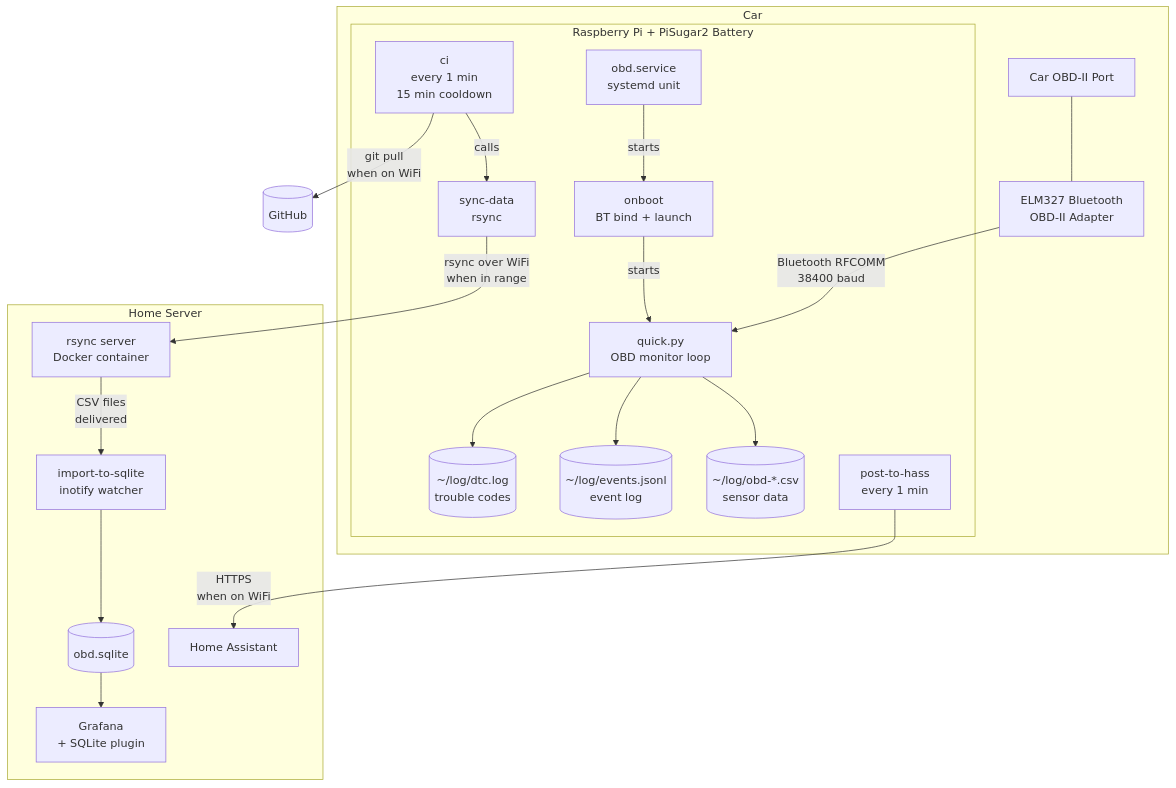
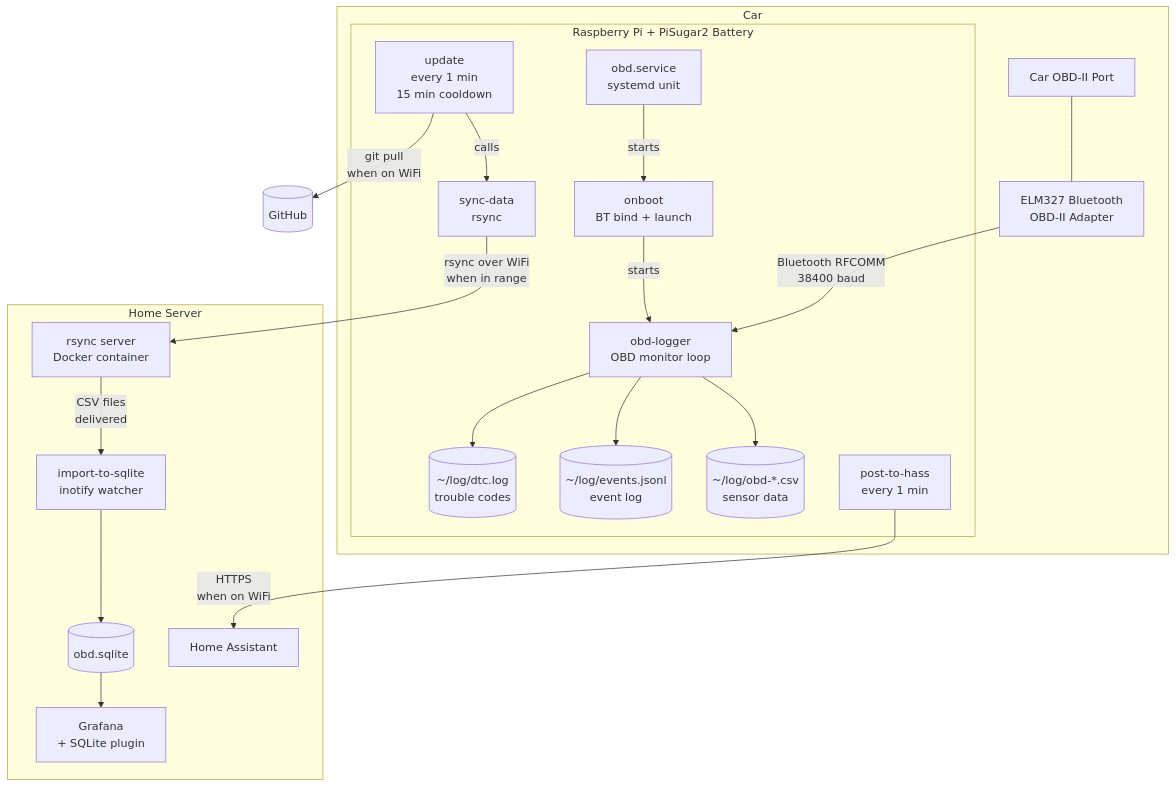
The diagram in README.md (trickv/shiny-adventure), drawn with Mermaid before and after one commit. The commit also changed other lines of this file and 8 other files, not shown here.

First line of the commit message:
rename files for clarity: quick.py→obd-logger, ci→update, id→bt-addr

````diff
--- a/README.md
+++ b/README.md
@@ -9,44 +9,44 @@
 ```mermaid
 graph TB
     subgraph Car
         ELM[ELM327 Bluetooth<br/>OBD-II Adapter]
         OBD[Car OBD-II Port]
         OBD --- ELM
 
         subgraph RPi[Raspberry Pi + PiSugar2 Battery]
-            quick[quick.py<br/>OBD monitor loop]
+            logger[obd-logger<br/>OBD monitor loop]
             csv[(~/log/obd-*.csv<br/>sensor data)]
             events[(~/log/events.jsonl<br/>event log)]
             dtc[(~/log/dtc.log<br/>trouble codes)]
             post[post-to-hass<br/>every 1 min]
-            ci[ci<br/>every 1 min<br/>15 min cooldown]
+            upd[update<br/>every 1 min<br/>15 min cooldown]
             sync[sync-data<br/>rsync]
             onboot[onboot<br/>BT bind + launch]
             systemd[obd.service<br/>systemd unit]
         end
 
-        ELM -- "Bluetooth RFCOMM<br/>38400 baud" --> quick
-        quick --> csv
-        quick --> events
-        quick --> dtc
+        ELM -- "Bluetooth RFCOMM<br/>38400 baud" --> logger
+        logger --> csv
+        logger --> events
+        logger --> dtc
         systemd -- starts --> onboot
-        onboot -- starts --> quick
-        ci -- calls --> sync
+        onboot -- starts --> logger
+        upd -- calls --> sync
     end
 
     subgraph Home Server
         rsync_srv[rsync server<br/>Docker container]
         importer[import-to-sqlite<br/>inotify watcher]
         sqlite[(obd.sqlite)]
         grafana[Grafana<br/>+ SQLite plugin]
         hass[Home Assistant]
 
         rsync_srv -- "CSV files<br/>delivered" --> importer
         importer --> sqlite
         sqlite --> grafana
     end
 
     sync -- "rsync over WiFi<br/>when in range" --> rsync_srv
     post -- "HTTPS<br/>when on WiFi" --> hass
-    ci -- "git pull<br/>when on WiFi" --> GitHub[(GitHub)]
+    upd -- "git pull<br/>when on WiFi" --> GitHub[(GitHub)]
 ```
````
